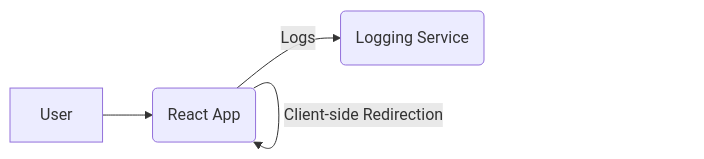
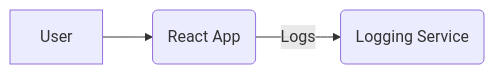
Before and after one commit to MalaiarasuGRaj/2217010: the diagram in SYSTEM_DESIGN.md, drawn with Mermaid. The commit also changed other lines of this file and 1 other file, not shown here.

````diff
--- a/SYSTEM_DESIGN.md
+++ b/SYSTEM_DESIGN.md
@@ -13,6 +13,5 @@
 ```mermaid
 graph LR
     User --> Frontend(React App)
-    Frontend -- Client-side Redirection --> Frontend
     Frontend -- Logs --> LoggingService(Logging Service)
 ```
````
